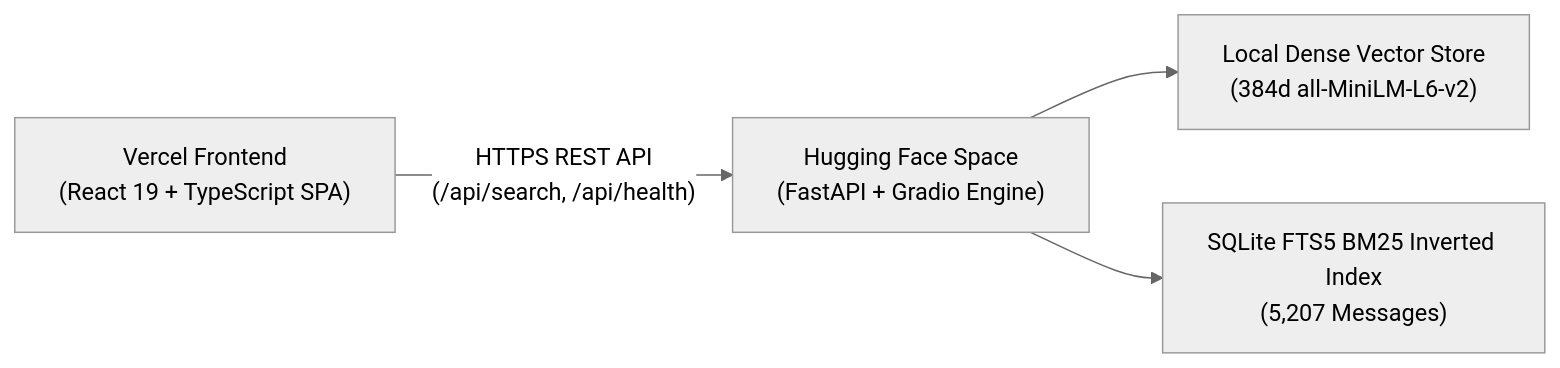
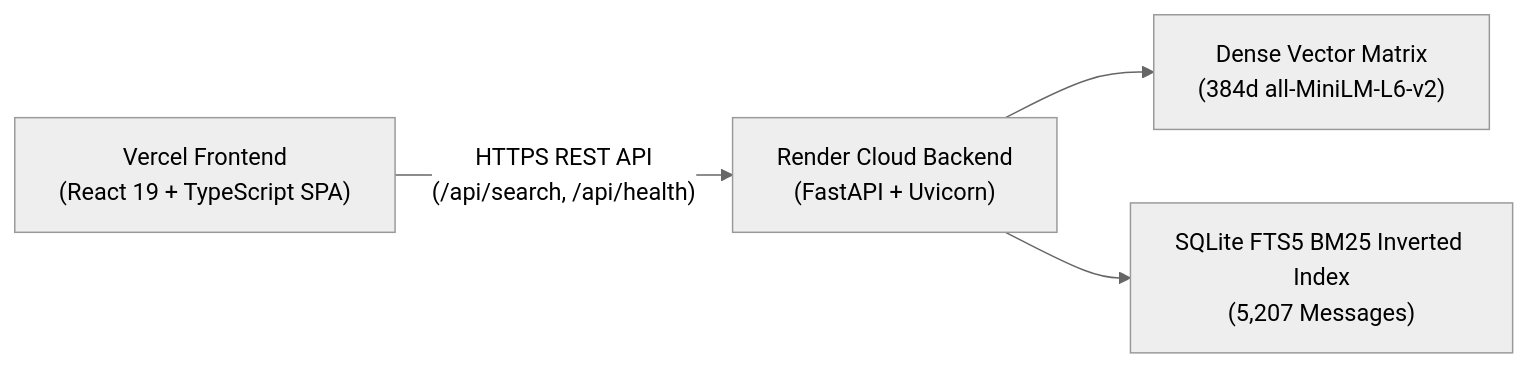
The third of 3 diagrams in README.md (Aarjoo003/RecallX), drawn with Mermaid (neutral theme) before and after one commit. The commit also changed other lines of this file and 5 other files, not shown here.

Commit message:
Connect Vercel frontend to live Render backend and optimize query performance

````diff
--- a/README.md
+++ b/README.md
@@ -286,6 +476,6 @@
 ```mermaid
 flowchart LR
-    A["Vercel Frontend\n(React 19 + TypeScript SPA)"] -- "HTTPS REST API\n(/api/search, /api/health)" --> B["Hugging Face Space\n(FastAPI + Gradio Engine)"]
-    B --> C["Local Dense Vector Store\n(384d all-MiniLM-L6-v2)"]
+    A["Vercel Frontend\n(React 19 + TypeScript SPA)"] -- "HTTPS REST API\n(/api/search, /api/health)" --> B["Render Cloud Backend\n(FastAPI + Uvicorn)"]
+    B --> C["Dense Vector Matrix\n(384d all-MiniLM-L6-v2)"]
     B --> D["SQLite FTS5 BM25 Inverted Index\n(5,207 Messages)"]
 ```
````
